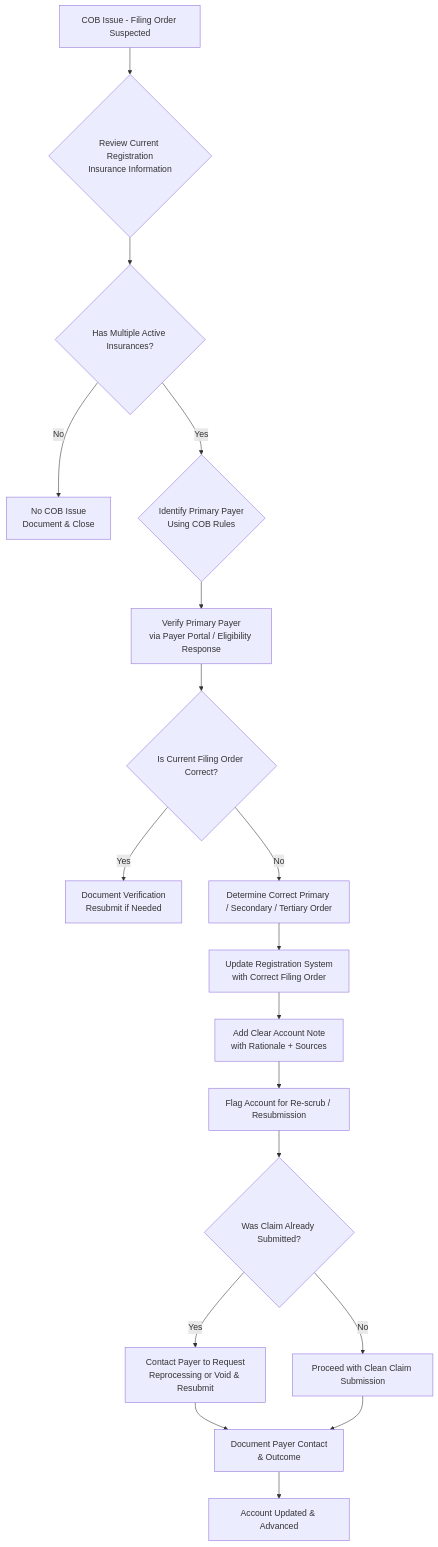
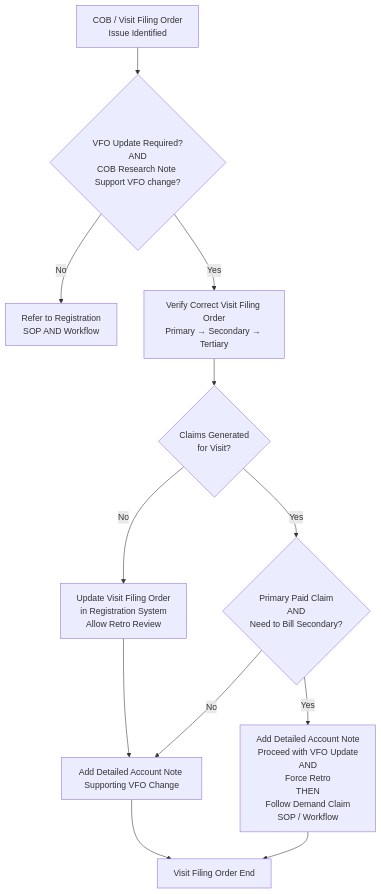
The diagram in workflows/visit-filing-order-workflow.md (shainemeister/revenue-cycle-sop-and-workflow-framework), drawn with Mermaid before and after one commit. The commit also changed other lines of this file, not shown here.

Commit message:
Update visit-filing-order-workflow.md to v1.2 with simplified decision flow and validation gates

````diff
--- a/workflows/visit-filing-order-workflow.md
+++ b/workflows/visit-filing-order-workflow.md
@@ -20,26 +20,23 @@
 ```mermaid
 flowchart TD
-    A[COB Issue - Filing Order Suspected] --> B{Review Current Registration<br>Insurance Information}
+    A[COB / Visit Filing Order<br>Issue Identified]
 
-    B --> C{Has Multiple Active Insurances?}
-    C -->|No| End1[No COB Issue<br>Document & Close]
-    C -->|Yes| D{Identify Primary Payer<br>Using COB Rules}
+    A --> C{VFO Update Required?<br>AND<br>COB Research Note Support VFO change?}
+    C -->|No| End1[Refer to Registration<br>SOP AND Workflow]
+    
+    C -->|Yes| G[Verify Correct Visit Filing Order<br>Primary → Secondary → Tertiary]
 
-    D --> E[Verify Primary Payer<br>via Payer Portal / Eligibility Response]
-    E --> F{Is Current Filing Order Correct?}
+    G --> H{Claims Generated<br>for Visit?}
 
-    F -->|Yes| End2[Document Verification<br>Resubmit if Needed]
-    F -->|No| G[Determine Correct Primary / Secondary / Tertiary Order]
+    H -->|No| I[Update Visit Filing Order<br>in Registration System<br>Allow Retro Review]
 
-    G --> H[Update Registration System<br>with Correct Filing Order]
-    H --> I[Add Clear Account Note<br>with Rationale + Sources]
-    I --> J[Flag Account for Re-scrub / Resubmission]
+    H -->|Yes| J{Primary Paid Claim<br>AND<br>Need to Bill Secondary?}
 
-    J --> K{Was Claim Already Submitted?}
-    K -->|Yes| L[Contact Payer to Request<br>Reprocessing or Void & Resubmit]
-    K -->|No| M[Proceed with Clean Claim Submission]
+    J -->|No| K
+    J -->|Yes| Ja[Add Detailed Account Note<br>Proceed with VFO Update<br>AND<br>Force Retro<br>THEN<br>Follow Demand Claim<br>SOP / Workflow]
 
-    L --> N[Document Payer Contact<br>& Outcome]
-    M --> N
-    N --> End3[Account Updated & Advanced]
+    I --> K[Add Detailed Account Note Supporting VFO Change]
+
+    K --> End[Visit Filing Order End]
+    Ja --> End
 ```
````
